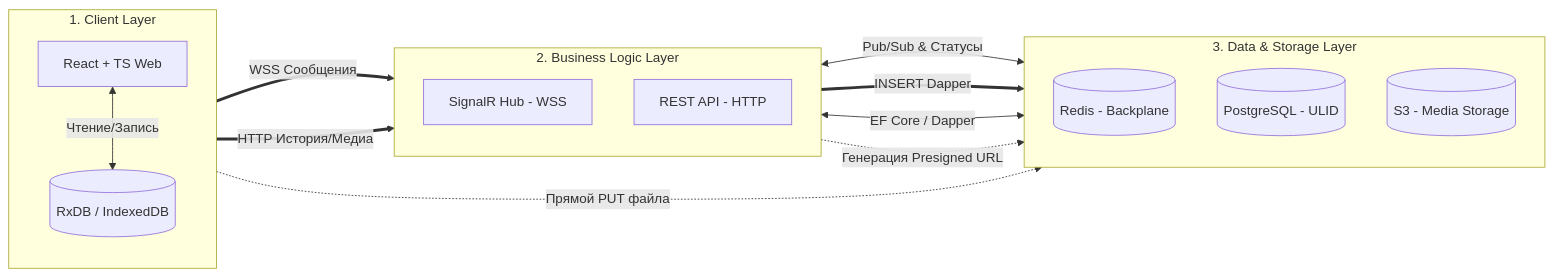
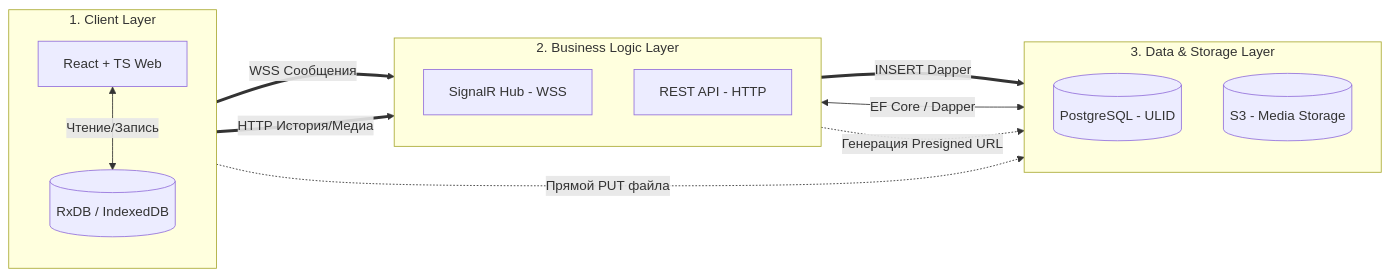
Before and after one commit to Fozu7916/Messenger1: the diagram in DOCUMENTATION.md, drawn with Mermaid. The commit also changed other lines of this file and 19 other files, not shown here.

````diff
--- a/DOCUMENTATION.md
+++ b/DOCUMENTATION.md
@@ -63,31 +63,29 @@
 ```mermaid
 flowchart LR
     subgraph L1 [1. Client Layer]
         direction TB
         React[React + TS Web]
         RxDB[(RxDB / IndexedDB)]
         React <-->|Чтение/Запись| RxDB
     end
 
     subgraph L3 [2. Business Logic Layer]
         direction TB
         SignalR[SignalR Hub - WSS]
         REST[REST API - HTTP]
     end
 
     subgraph L4 [3. Data & Storage Layer]
         direction TB
-        Redis[(Redis - Backplane)]
         Postgres[(PostgreSQL - ULID)]
         S3[(S3 - Media Storage)]
     end
 
     React ==>|WSS Сообщения| SignalR
     React ==>|HTTP История/Медиа| REST
     React -.->|Прямой PUT файла| S3
 
-    SignalR <-->|Pub/Sub & Статусы| Redis
     SignalR ==>|INSERT Dapper| Postgres
     REST <-->|EF Core / Dapper| Postgres
     REST -.->|Генерация Presigned URL| S3
 ```
````
